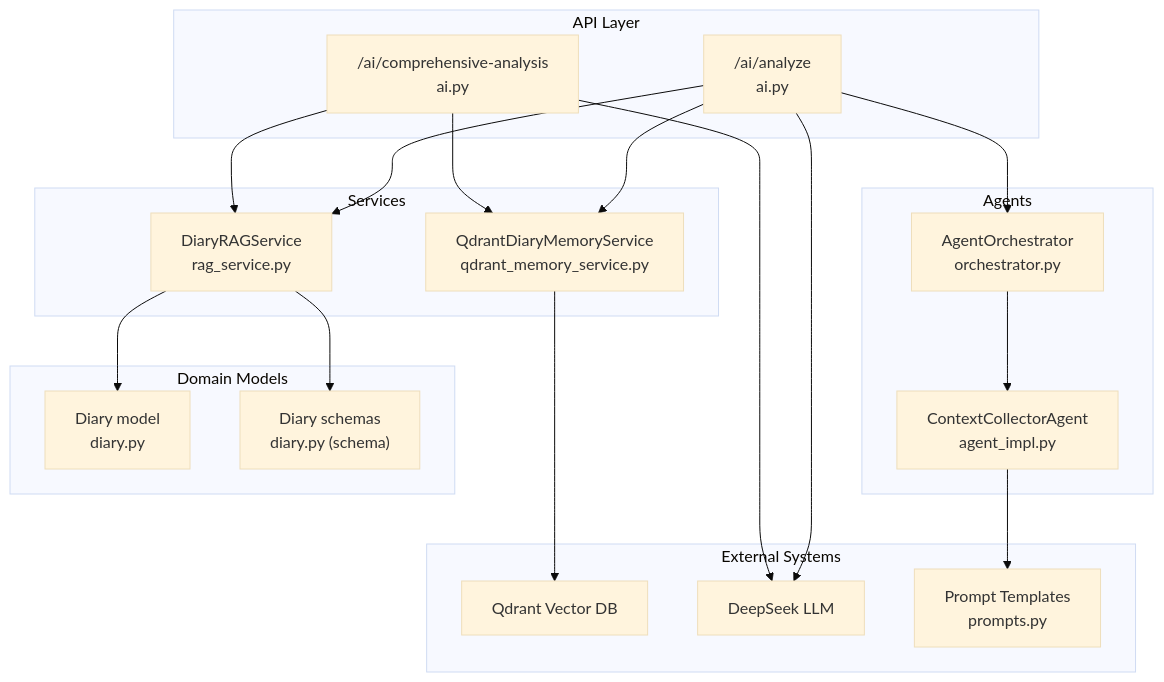
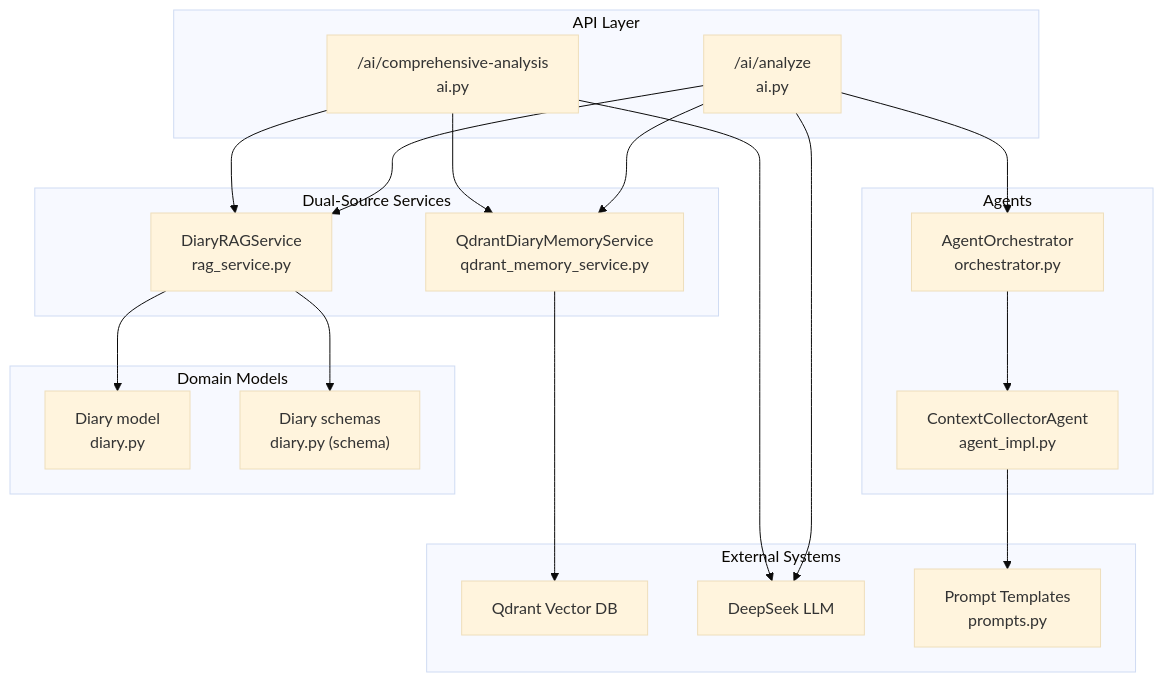
Before and after one commit to rain1andsnow2a/aidiary: the first of 9 diagrams in .qoder/repowiki/en/content/AI and Machine Learning/Retrieval-Augmented Generation (RAG)/Retrieval-Augmented Generation (RAG).md, drawn with Mermaid (base theme). The commit also changed other lines of this file and 28 other files, not shown here.

````diff
--- a/.qoder/repowiki/en/content/AI and Machine Learning/Retrieval-Augmented Generation (RAG)/Retrieval-Augmented Generation (RAG).md
+++ b/.qoder/repowiki/en/content/AI and Machine Learning/Retrieval-Augmented Generation (RAG)/Retrieval-Augmented Generation (RAG).md
@@ -59,36 +60,36 @@
 ```mermaid
 graph TB
 subgraph "API Layer"
 A1["/ai/comprehensive-analysis<br/>ai.py"]
 A2["/ai/analyze<br/>ai.py"]
 end
-subgraph "Services"
+subgraph "Dual-Source Services"
 S1["DiaryRAGService<br/>rag_service.py"]
 S2["QdrantDiaryMemoryService<br/>qdrant_memory_service.py"]
 end
 subgraph "Agents"
 AG1["AgentOrchestrator<br/>orchestrator.py"]
 AG2["ContextCollectorAgent<br/>agent_impl.py"]
 end
 subgraph "Domain Models"
 M1["Diary model<br/>diary.py"]
 M2["Diary schemas<br/>diary.py (schema)"]
 end
 subgraph "External Systems"
 C1["Qdrant Vector DB"]
 L1["DeepSeek LLM"]
 P1["Prompt Templates<br/>prompts.py"]
 end
 A1 --> S1
 A1 --> S2
 A2 --> S1
 A2 --> S2
 A2 --> AG1
 AG1 --> AG2
 AG2 --> P1
 S1 --> M1
 S1 --> M2
 S2 --> C1
 A1 --> L1
 A2 --> L1
 ```
````
